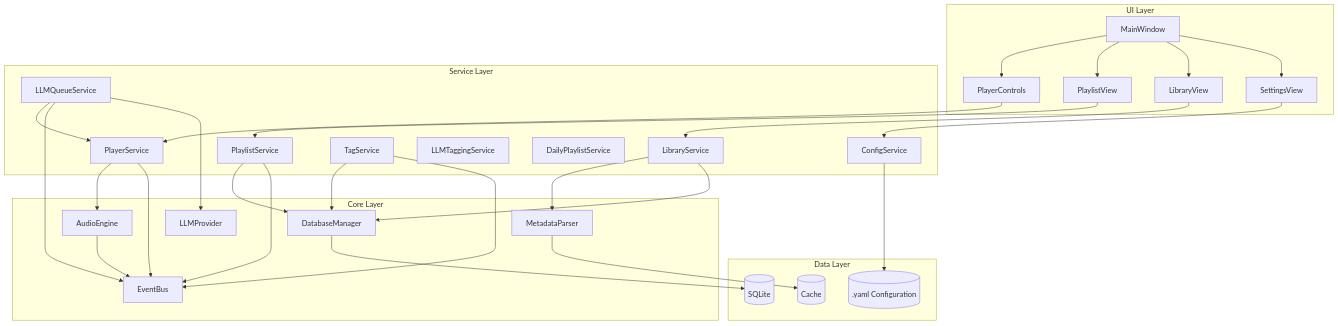
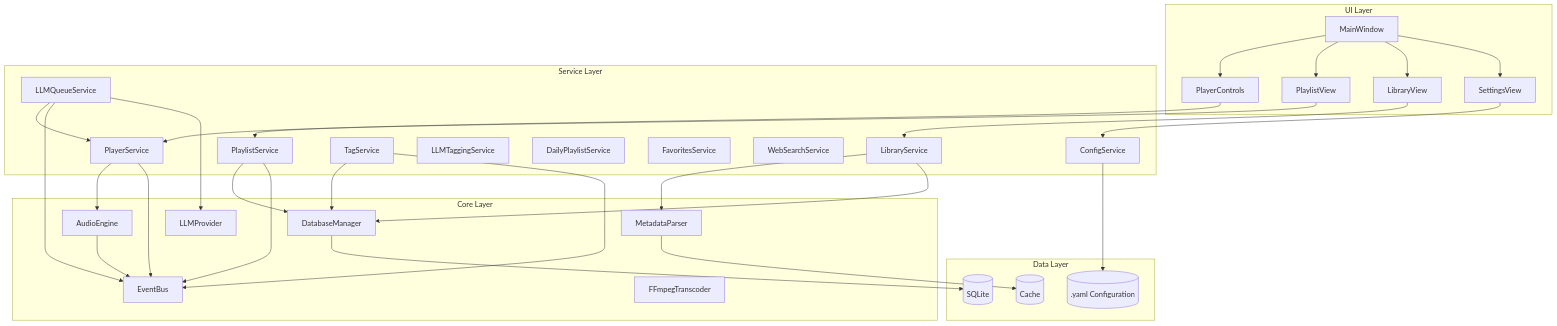
One commit to hangnum/music changed the first of 5 diagrams in docs/architecture.md. Above: the diagram before and after it, drawn with Mermaid. The commit also changed other lines of this file and 12 other files, not shown here.

````diff
--- a/docs/architecture.md
+++ b/docs/architecture.md
@@ -33,52 +33,55 @@
 ```mermaid
 graph TB
     subgraph UI Layer
         MW[MainWindow]
         PC[PlayerControls]
         PL[PlaylistView]
         LB[LibraryView]
         ST[SettingsView]
     end
     
     subgraph Service Layer
         PS[PlayerService]
         PLS[PlaylistService]
         LBS[LibraryService]
         CS[ConfigService]
         TS[TagService]
         LLM[LLMQueueService]
         LTS[LLMTaggingService]
         DPS[DailyPlaylistService]
+        FS[FavoritesService]
+        WS[WebSearchService]
     end
     
     subgraph Core Layer
         AE[AudioEngine]
         MD[MetadataParser]
         DB[DatabaseManager]
         EM[EventBus]
         LP[LLMProvider]
+        FT[FFmpegTranscoder]
     end
     
     subgraph Data Layer
         SQL[(SQLite)]
         CFG[(.yaml Configuration)]
         CACHE[(Cache)]
     end
     
     MW --> PC & PL & LB & ST
     PC --> PS
     PL --> PLS
     LB --> LBS
     ST --> CS
     
     PS --> AE & EM
     PLS --> DB & EM
     LBS --> MD & DB
     TS --> DB & EM
     LLM --> PS & EM & LP
     CS --> CFG
     
     AE --> EM
     MD --> CACHE
     DB --> SQL
 ```
````
